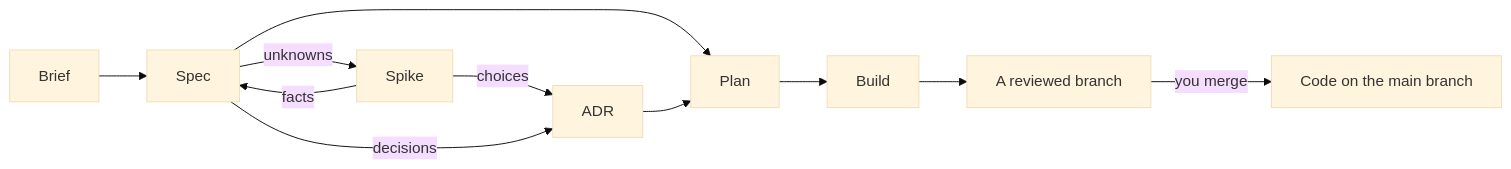
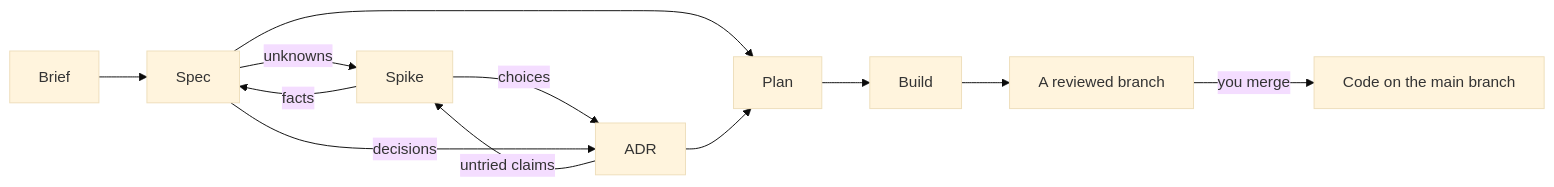
One commit to michaelmarconi/agentic-engineering changed the diagram in README.md. Above: the diagram before and after it, drawn with Mermaid (base theme). The commit also changed 6 other files, not shown here.

First line of the commit message:
Make an untried claim behind an ADR's choice its first open question, proposing a spike

````diff
--- a/README.md
+++ b/README.md
@@ -106,13 +106,14 @@
 ```mermaid
 flowchart LR
     Brief --> Spec
     Spec -->|unknowns| Spike
+    ADR -->|untried claims| Spike
     Spike -->|facts| Spec
     Spike -->|choices| ADR
     Spec -->|decisions| ADR
     Spec --> Plan
     ADR --> Plan
     Plan --> Build
     Build --> Branch[A reviewed branch]
     Branch -->|you merge| Code[Code on the main branch]
 ```
````
